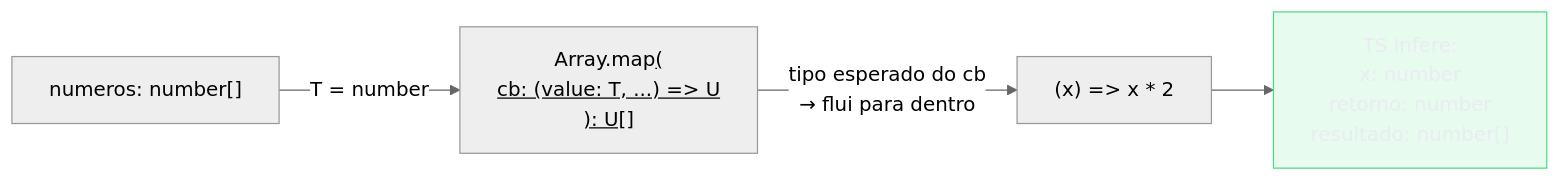
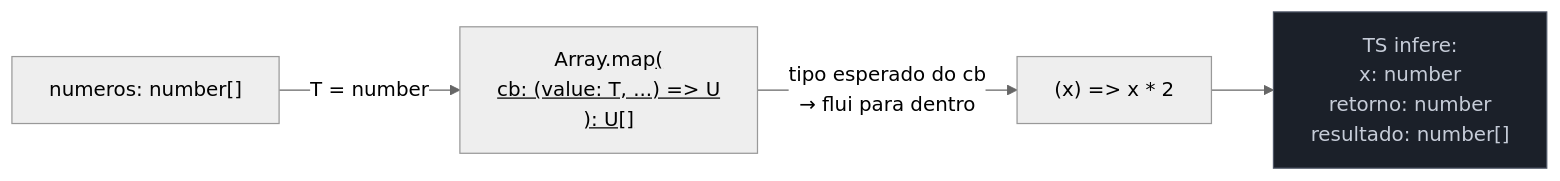
The fourth of 4 diagrams in 03-Dominios/Tecnologia/TypeScript/10 - Tipando funções - assinaturas, overloads, contextual typing.md (josenaldo/codex-technomanticus), drawn with Mermaid (neutral theme) before and after one commit. The commit also changed other lines of this file and 601 other files, not shown here.

````diff
--- a/03-Dominios/Tecnologia/TypeScript/10 - Tipando funções - assinaturas, overloads, contextual typing.md
+++ b/03-Dominios/Tecnologia/TypeScript/10 - Tipando funções - assinaturas, overloads, contextual typing.md
@@ -457,14 +456,14 @@
 ```mermaid
 flowchart LR
-    classDef ok fill:#4ADE8021,stroke:#4ADE80,color:#E9ECF2
+    classDef neutro fill:#1B2029,stroke:#4E5666,color:#C6CCD8
     ARR["numeros: number[]"]
     MAP["Array<T>.map<U>(\n  cb: (value: T, ...) => U\n): U[]"]
     CB["(x) => x * 2"]
     INF["TS infere:\nx: number\nretorno: number\nresultado: number[]"]
 
     ARR -->|"T = number"| MAP
     MAP -->|"tipo esperado do cb\n→ flui para dentro"| CB
     CB --> INF
 
-    class INF ok
+    class INF neutro
 ```
````
